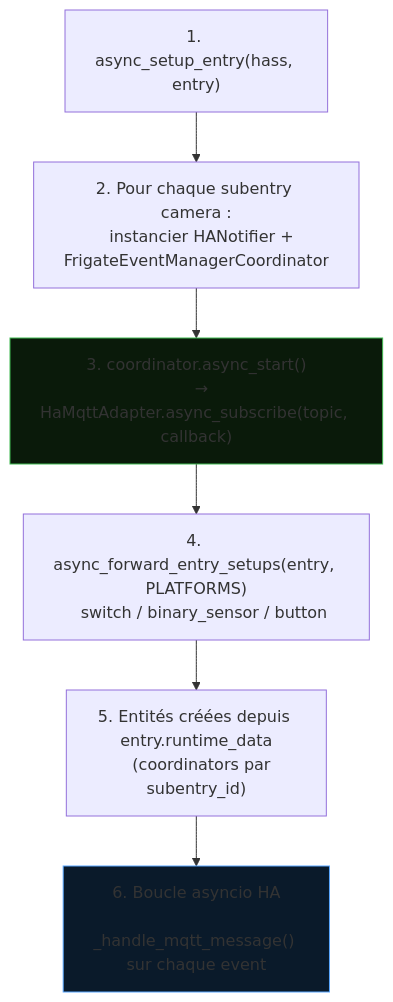
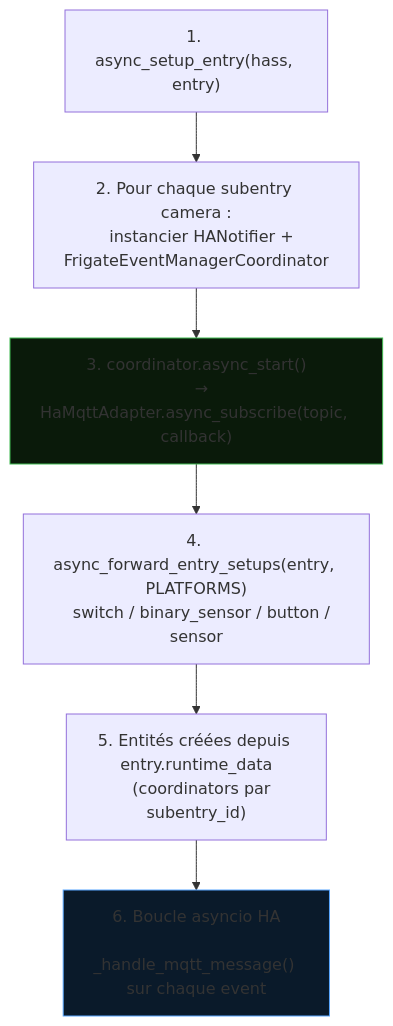
Before and after one commit to trowaflo/frigate-event-manager: the fourth of 4 diagrams in docs/architecture.md, drawn with Mermaid. The commit also changed other lines of this file and 2 other files, not shown here.

Commit message:
fix: nettoyer Store HA sur suppression subentry + architecture.md SilentUntilSensor

````diff
--- a/docs/architecture.md
+++ b/docs/architecture.md
@@ -179,14 +182,14 @@
 ```mermaid
 graph TD
     S1["1. async_setup_entry(hass, entry)"]
     S2["2. Pour chaque subentry camera :\n   instancier HANotifier + FrigateEventManagerCoordinator"]
     S3["3. coordinator.async_start()\n   → HaMqttAdapter.async_subscribe(topic, callback)"]
-    S4["4. async_forward_entry_setups(entry, PLATFORMS)\n   switch / binary_sensor / button"]
+    S4["4. async_forward_entry_setups(entry, PLATFORMS)\n   switch / binary_sensor / button / sensor"]
     S5["5. Entités créées depuis entry.runtime_data\n   (coordinators par subentry_id)"]
     S6["6. Boucle asyncio HA\n   _handle_mqtt_message() sur chaque event"]
 
     S1 --> S2 --> S3 --> S4 --> S5 --> S6
 
     style S3 fill:#0a1a0a,stroke:#3fb950
     style S6 fill:#0a1a2a,stroke:#58a6ff
 ```
````
